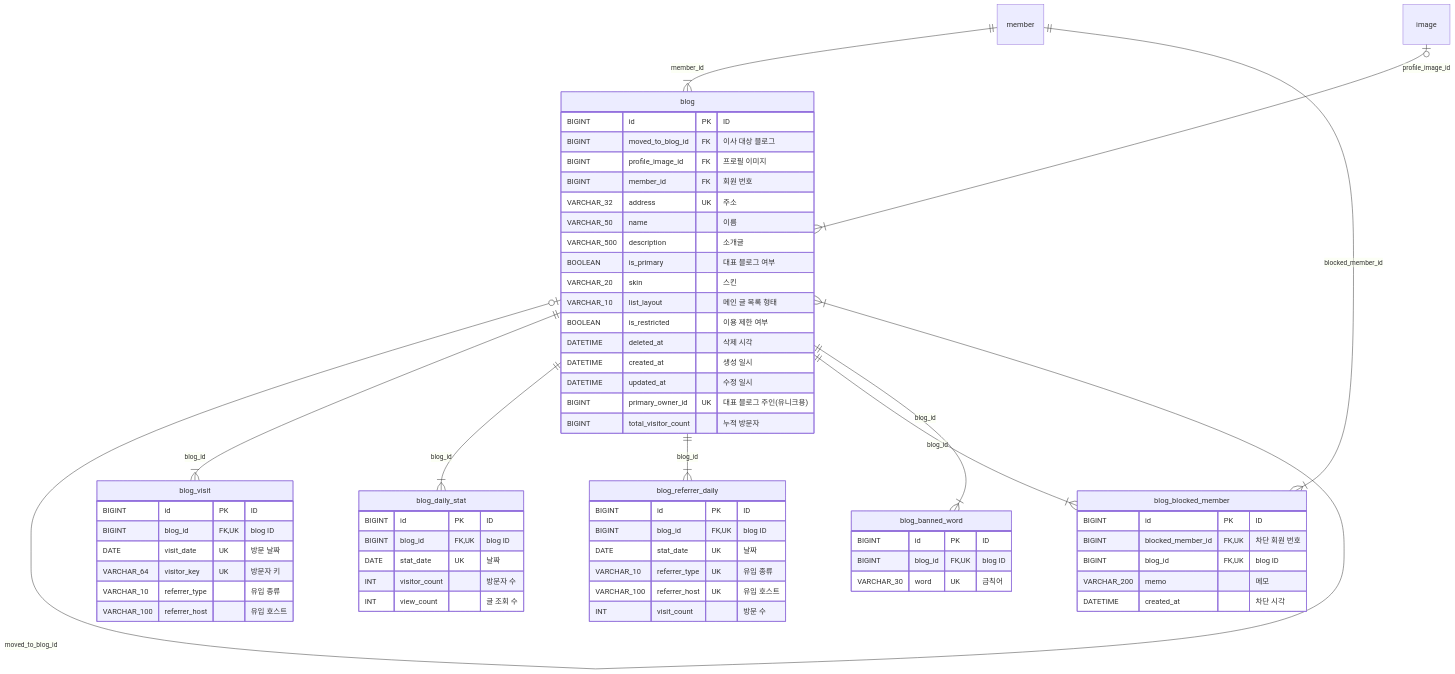
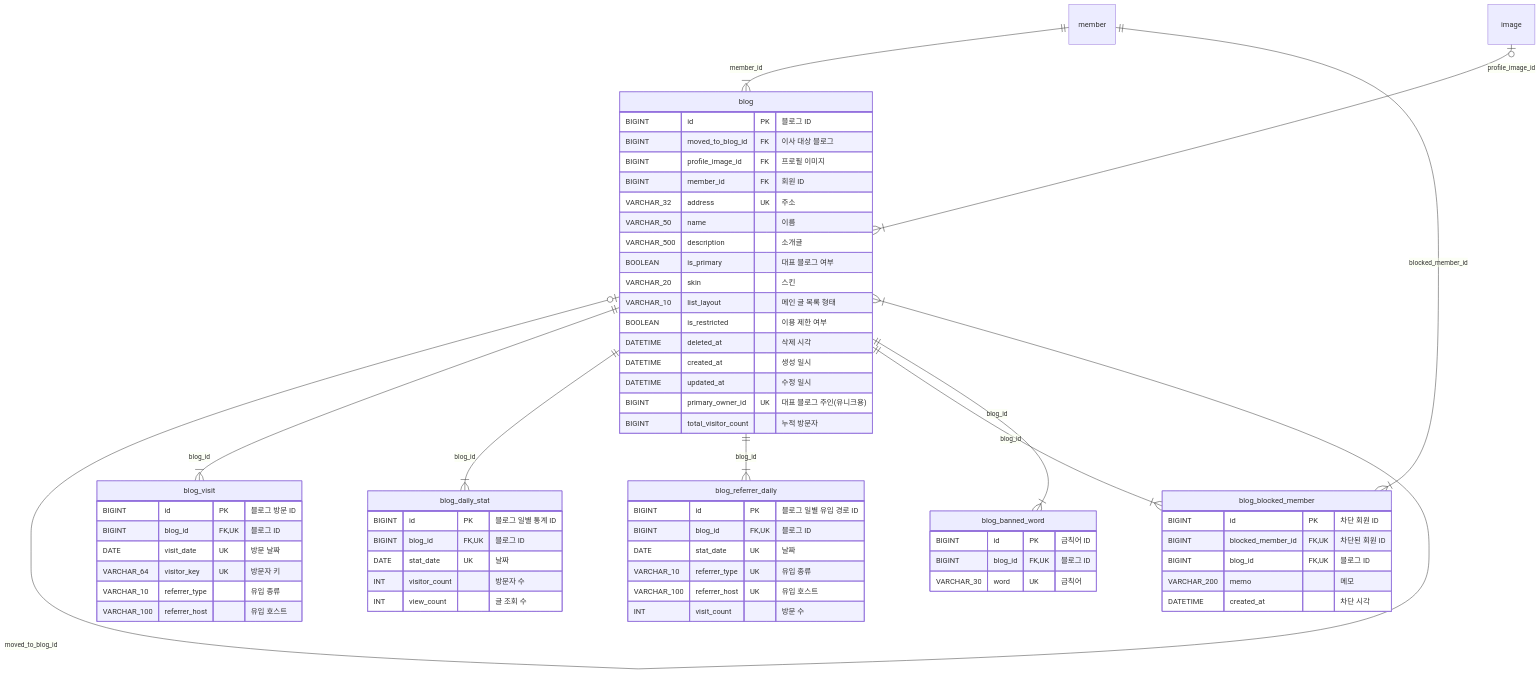
Before and after one commit to blog-hjiwon203/blog-docs: the third of 7 diagrams in specs/001-tistory-blog/erd/README.md, drawn with Mermaid. The commit also changed other lines of this file and 2 other files, not shown here.

First line of the commit message:
ERD id 논리명을 '<테이블명> ID'로 맞춤

````diff
--- a/specs/001-tistory-blog/erd/README.md
+++ b/specs/001-tistory-blog/erd/README.md
@@ -212,65 +212,65 @@
 ```mermaid
 erDiagram
     blog {
-        BIGINT id PK "ID"
+        BIGINT id PK "블로그 ID"
         BIGINT moved_to_blog_id FK "이사 대상 블로그"
         BIGINT profile_image_id FK "프로필 이미지"
-        BIGINT member_id FK "회원 번호"
+        BIGINT member_id FK "회원 ID"
         VARCHAR_32 address UK "주소"
         VARCHAR_50 name "이름"
         VARCHAR_500 description "소개글"
         BOOLEAN is_primary "대표 블로그 여부"
         VARCHAR_20 skin "스킨"
         VARCHAR_10 list_layout "메인 글 목록 형태"
         BOOLEAN is_restricted "이용 제한 여부"
         DATETIME deleted_at "삭제 시각"
         DATETIME created_at "생성 일시"
         DATETIME updated_at "수정 일시"
         BIGINT primary_owner_id UK "대표 블로그 주인(유니크용)"
         BIGINT total_visitor_count "누적 방문자"
     }
     blog_visit {
-        BIGINT id PK "ID"
-        BIGINT blog_id FK,UK "blog ID"
+        BIGINT id PK "블로그 방문 ID"
+        BIGINT blog_id FK,UK "블로그 ID"
         DATE visit_date UK "방문 날짜"
         VARCHAR_64 visitor_key UK "방문자 키"
         VARCHAR_10 referrer_type "유입 종류"
         VARCHAR_100 referrer_host "유입 호스트"
     }
     blog_daily_stat {
-        BIGINT id PK "ID"
-        BIGINT blog_id FK,UK "blog ID"
+        BIGINT id PK "블로그 일별 통계 ID"
+        BIGINT blog_id FK,UK "블로그 ID"
         DATE stat_date UK "날짜"
         INT visitor_count "방문자 수"
         INT view_count "글 조회 수"
     }
     blog_referrer_daily {
-        BIGINT id PK "ID"
-        BIGINT blog_id FK,UK "blog ID"
+        BIGINT id PK "블로그 일별 유입 경로 ID"
+        BIGINT blog_id FK,UK "블로그 ID"
         DATE stat_date UK "날짜"
         VARCHAR_10 referrer_type UK "유입 종류"
         VARCHAR_100 referrer_host UK "유입 호스트"
         INT visit_count "방문 수"
     }
     blog_blocked_member {
-        BIGINT id PK "ID"
-        BIGINT blocked_member_id FK,UK "차단 회원 번호"
-        BIGINT blog_id FK,UK "blog ID"
+        BIGINT id PK "차단 회원 ID"
+        BIGINT blocked_member_id FK,UK "차단된 회원 ID"
+        BIGINT blog_id FK,UK "블로그 ID"
         VARCHAR_200 memo "메모"
         DATETIME created_at "차단 시각"
     }
     blog_banned_word {
-        BIGINT id PK "ID"
-        BIGINT blog_id FK,UK "blog ID"
+        BIGINT id PK "금칙어 ID"
+        BIGINT blog_id FK,UK "블로그 ID"
         VARCHAR_30 word UK "금칙어"
     }
     member ||--|{ blog : "member_id"
     image |o--|{ blog : "profile_image_id"
     blog |o--|{ blog : "moved_to_blog_id"
     blog ||--|{ blog_visit : "blog_id"
     blog ||--|{ blog_daily_stat : "blog_id"
     blog ||--|{ blog_referrer_daily : "blog_id"
     blog ||--|{ blog_blocked_member : "blog_id"
     member ||--|{ blog_blocked_member : "blocked_member_id"
     blog ||--|{ blog_banned_word : "blog_id"
 ```
````
